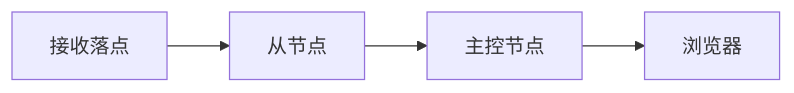
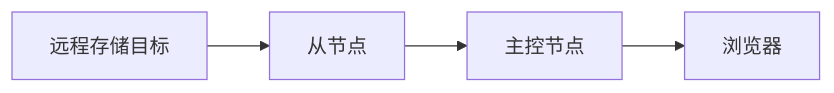
One commit to EleProCoress/AsterDrive changed the third of 4 diagrams in docs/storage/remote-follower.md. Above: the diagram before and after it, drawn with Mermaid. The commit also changed other lines of this file and 61 other files, not shown here.

````diff
--- a/docs/storage/remote-follower.md
+++ b/docs/storage/remote-follower.md
@@ -172,4 +172,4 @@
 ```mermaid
 flowchart LR
-  Ingress["接收落点"] --> Follower["从节点"] --> Primary["主控节点"] --> Browser["浏览器"]
+  Target["远程存储目标"] --> Follower["从节点"] --> Primary["主控节点"] --> Browser["浏览器"]
 ```
````
